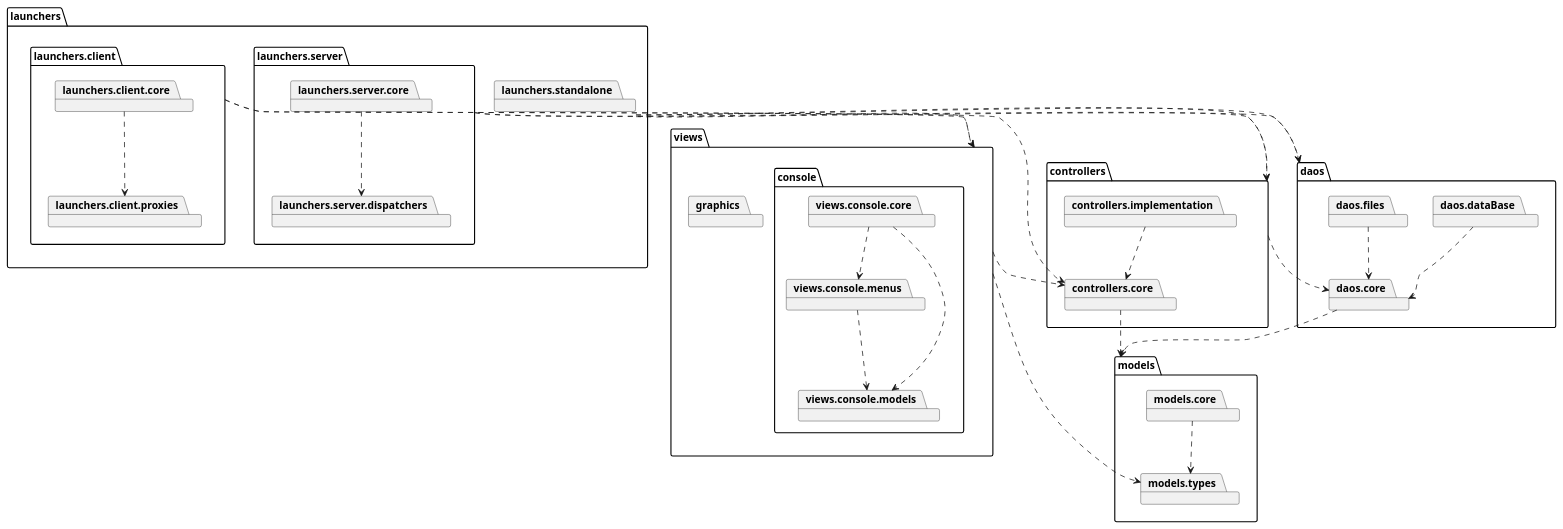
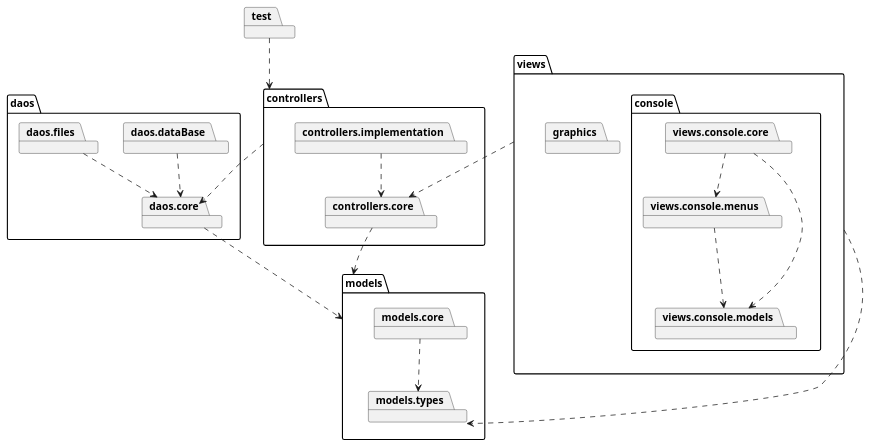
The diagram in modelViewPresenter/presentationModel/withPrototype/docs/arquitectura.puml (USantaTecla-tech-java/game-ticTacToe), drawn with PlantUML before and after one commit.

Commit message:
refactor

```diff
--- a/modelViewPresenter/presentationModel/withPrototype/docs/arquitectura.puml
+++ b/modelViewPresenter/presentationModel/withPrototype/docs/arquitectura.puml
@@ -1,66 +1,47 @@
 @startuml arquitectura
 
-package launchers {
-package launchers.client {
-package launchers.client.core 
-package launchers.client.proxies
-}
-package launchers.server {
-package launchers.server.core 
-package launchers.server.dispatchers
-}
-package launchers.standalone 
-}
+package test 
 
 package views {
 package console {
 package views.console.core
 package views.console.menus 
 package views.console.models 
 }
 package graphics 
 }
 
 package controllers {
 package controllers.core 
 package controllers.implementation
 }
 
 package daos {
 package daos.core 
 package daos.dataBase 
 package daos.files
 }
 
 package models {
 package models.core 
 package models.types 
 }
 
-launchers.standalone .down.> views
-launchers.standalone .down.> controllers
-launchers.standalone .down.> daos
-launchers.client.core .down.> launchers.client.proxies 
-launchers.client .down.> views
-launchers.client .down.> controllers.core
-launchers.server.core .down.> launchers.server.dispatchers 
-launchers.server .down.> controllers
-launchers.server .down.> daos
-
+test .down.> controllers
 views.console.core .down.> views.console.menus
 views.console.core .down.> views.console.models
 views.console.menus .down.> views.console.models
 views .down.> controllers.core
 views .down.> models.types
   
 controllers.implementation .down.> controllers.core
 controllers.core .down.> models 
 controllers .down.> daos.core
 
 daos.files .down.> daos.core
 daos.dataBase .down.> daos.core 
 daos.core .down.> models
 
 models.core .down.> models.types 
 
 @enduml
```
